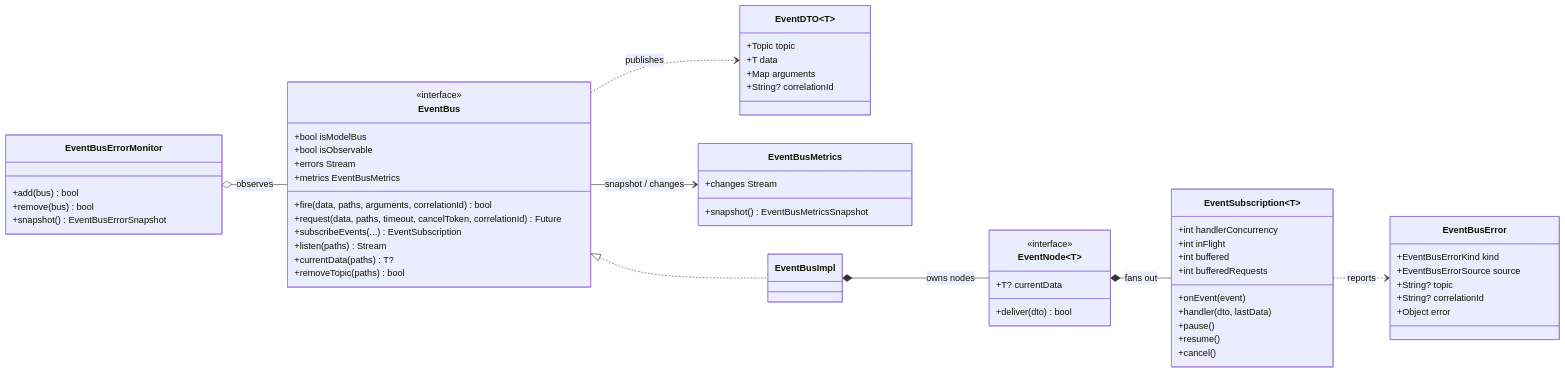
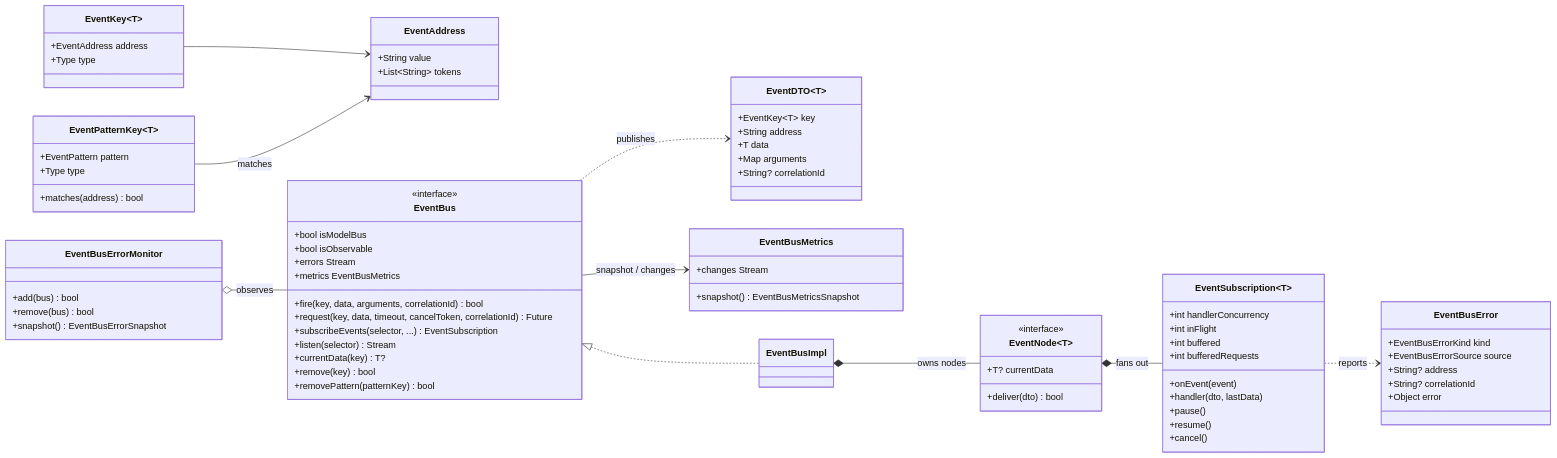
The first of 2 diagrams in doc/00-overview.md (Avataromvatar/event_bus_arch), drawn with Mermaid before and after one commit. The commit also changed other lines of this file and 80 other files, not shown here.

````diff
--- a/doc/00-overview.md
+++ b/doc/00-overview.md
@@ -30,17 +30,34 @@
 ```mermaid
 classDiagram
     direction LR
+
+    class EventAddress {
+        +String value
+        +List~String~ tokens
+    }
+
+    class EventKey~T~ {
+        +EventAddress address
+        +Type type
+    }
+
+    class EventPatternKey~T~ {
+        +EventPattern pattern
+        +Type type
+        +matches(address) bool
+    }
 
     class EventBus {
         <<interface>>
         +bool isModelBus
         +bool isObservable
-        +fire(data, paths, arguments, correlationId) bool
-        +request(data, paths, timeout, cancelToken, correlationId) Future
-        +subscribeEvents(...) EventSubscription
-        +listen(paths) Stream
-        +currentData(paths) T?
-        +removeTopic(paths) bool
+        +fire(key, data, arguments, correlationId) bool
+        +request(key, data, timeout, cancelToken, correlationId) Future
+        +subscribeEvents(selector, ...) EventSubscription
+        +listen(selector) Stream
+        +currentData(key) T?
+        +remove(key) bool
+        +removePattern(patternKey) bool
         +errors Stream
         +metrics EventBusMetrics
     }
@@ -64,7 +81,8 @@
     }
 
     class EventDTO~T~ {
-        +Topic topic
+        +EventKey~T~ key
+        +String address
         +T data
         +Map arguments
         +String? correlationId
@@ -73,7 +91,7 @@
     class EventBusError {
         +EventBusErrorKind kind
         +EventBusErrorSource source
-        +String? topic
+        +String? address
         +String? correlationId
         +Object error
     }
@@ -89,6 +107,8 @@
         +snapshot() EventBusErrorSnapshot
     }
 
+    EventKey --> EventAddress
+    EventPatternKey --> EventAddress : matches
     EventBus <|.. EventBusImpl
     EventBusImpl *-- EventNode : owns nodes
     EventNode *-- EventSubscription : fans out
````
